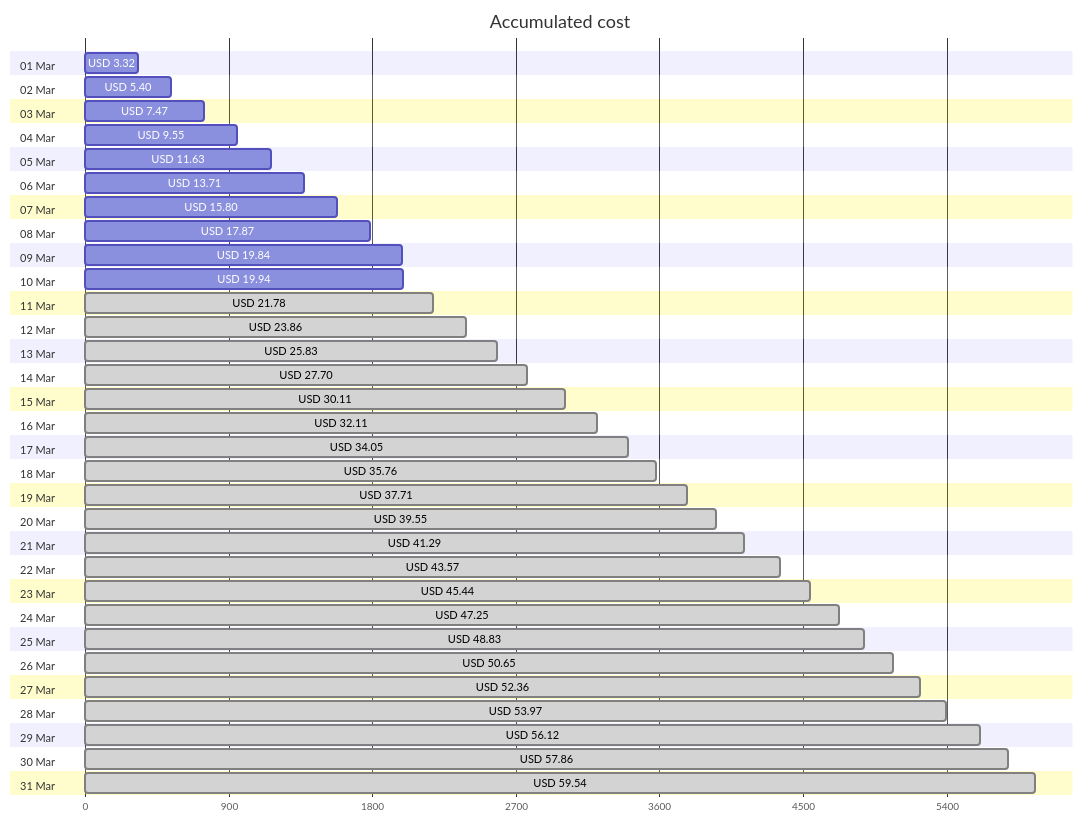
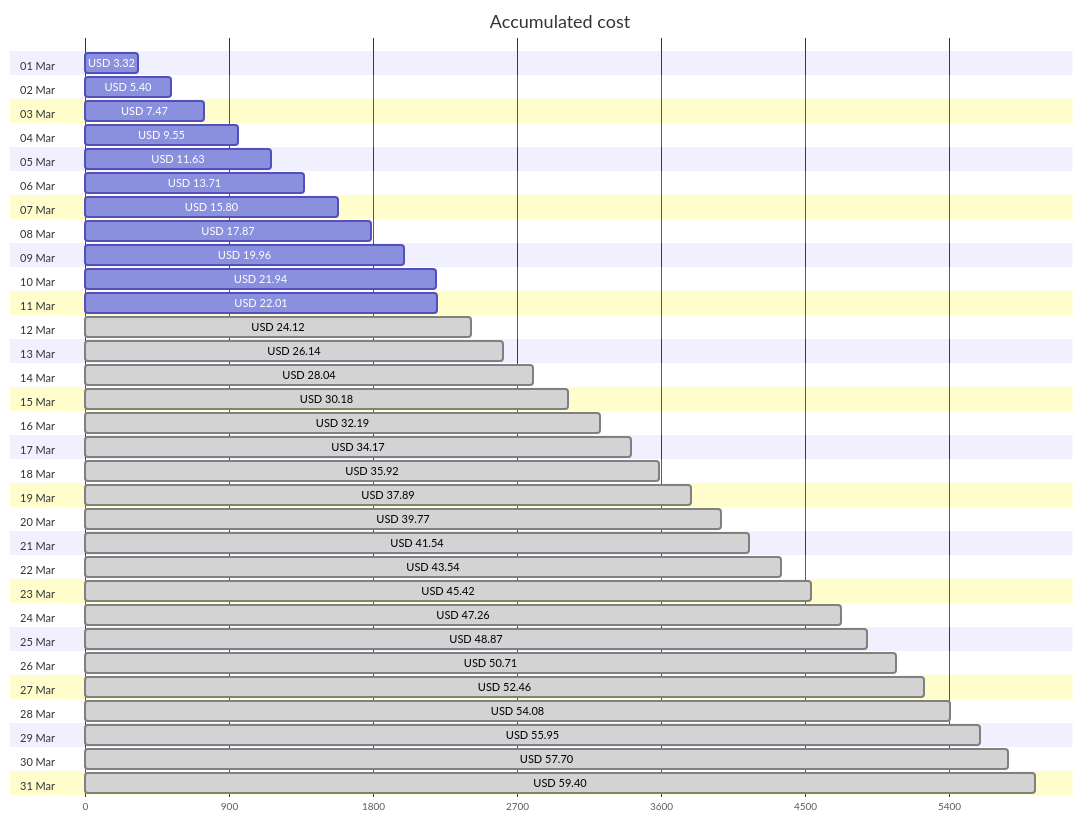
One commit to jpfulton/azure-personal-reports changed the first of 4 diagrams in cost-reports/accumulated-cost.md. Above: the diagram before and after it, drawn with Mermaid. The commit also changed other lines of this file and 4 other files, not shown here.

````diff
--- a/cost-reports/accumulated-cost.md
+++ b/cost-reports/accumulated-cost.md
@@ -20,68 +20,68 @@
 ```mermaid
 gantt
    title Accumulated cost
    dateFormat  X
    axisFormat %s
    section 01 Mar
    USD 3.32 :0, 332
    section 02 Mar
    USD 5.40 :0, 540
    section 03 Mar
    USD 7.47 :0, 747
    section 04 Mar
    USD 9.55 :0, 955
    section 05 Mar
    USD 11.63 :0, 1163
    section 06 Mar
    USD 13.71 :0, 1371
    section 07 Mar
    USD 15.80 :0, 1580
    section 08 Mar
    USD 17.87 :0, 1787
    section 09 Mar
-   USD 19.84 :0, 1984
+   USD 19.96 :0, 1996
    section 10 Mar
-   USD 19.94 :0, 1994
+   USD 21.94 :0, 2194
    section 11 Mar
-   USD 21.78 : done, 0, 2178
+   USD 22.01 :0, 2201
    section 12 Mar
-   USD 23.86 : done, 0, 2386
+   USD 24.12 : done, 0, 2412
    section 13 Mar
-   USD 25.83 : done, 0, 2583
+   USD 26.14 : done, 0, 2614
    section 14 Mar
-   USD 27.70 : done, 0, 2770
+   USD 28.04 : done, 0, 2804
    section 15 Mar
-   USD 30.11 : done, 0, 3011
+   USD 30.18 : done, 0, 3018
    section 16 Mar
-   USD 32.11 : done, 0, 3211
+   USD 32.19 : done, 0, 3219
    section 17 Mar
-   USD 34.05 : done, 0, 3405
+   USD 34.17 : done, 0, 3417
    section 18 Mar
-   USD 35.76 : done, 0, 3576
+   USD 35.92 : done, 0, 3592
    section 19 Mar
-   USD 37.71 : done, 0, 3771
+   USD 37.89 : done, 0, 3789
    section 20 Mar
-   USD 39.55 : done, 0, 3955
+   USD 39.77 : done, 0, 3977
    section 21 Mar
-   USD 41.29 : done, 0, 4129
+   USD 41.54 : done, 0, 4154
    section 22 Mar
-   USD 43.57 : done, 0, 4357
+   USD 43.54 : done, 0, 4354
    section 23 Mar
-   USD 45.44 : done, 0, 4544
+   USD 45.42 : done, 0, 4542
    section 24 Mar
-   USD 47.25 : done, 0, 4725
+   USD 47.26 : done, 0, 4726
    section 25 Mar
-   USD 48.83 : done, 0, 4883
+   USD 48.87 : done, 0, 4887
    section 26 Mar
-   USD 50.65 : done, 0, 5065
+   USD 50.71 : done, 0, 5071
    section 27 Mar
-   USD 52.36 : done, 0, 5236
+   USD 52.46 : done, 0, 5246
    section 28 Mar
-   USD 53.97 : done, 0, 5397
+   USD 54.08 : done, 0, 5408
    section 29 Mar
-   USD 56.12 : done, 0, 5612
+   USD 55.95 : done, 0, 5595
    section 30 Mar
-   USD 57.86 : done, 0, 5786
+   USD 57.70 : done, 0, 5770
    section 31 Mar
-   USD 59.54 : done, 0, 5954
+   USD 59.40 : done, 0, 5940
 ```
````
